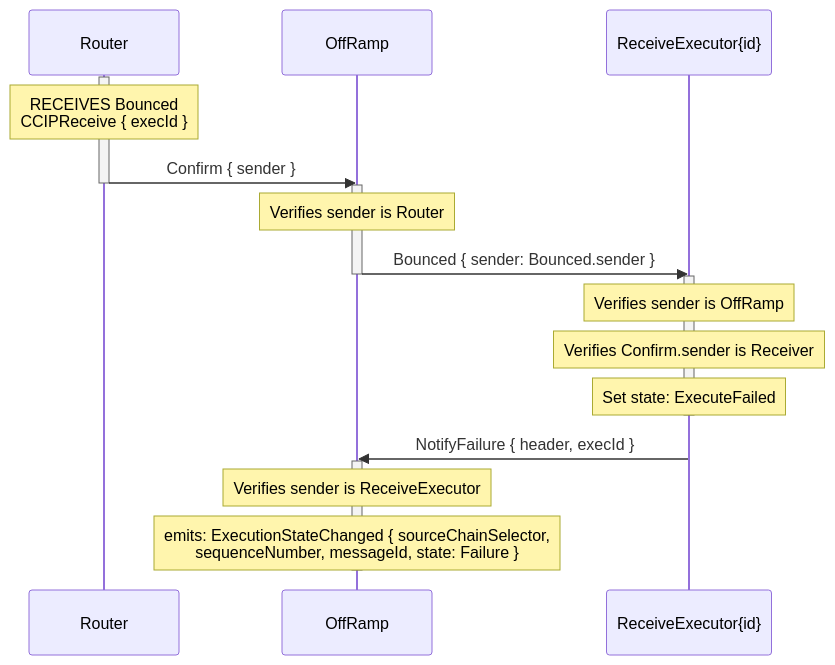
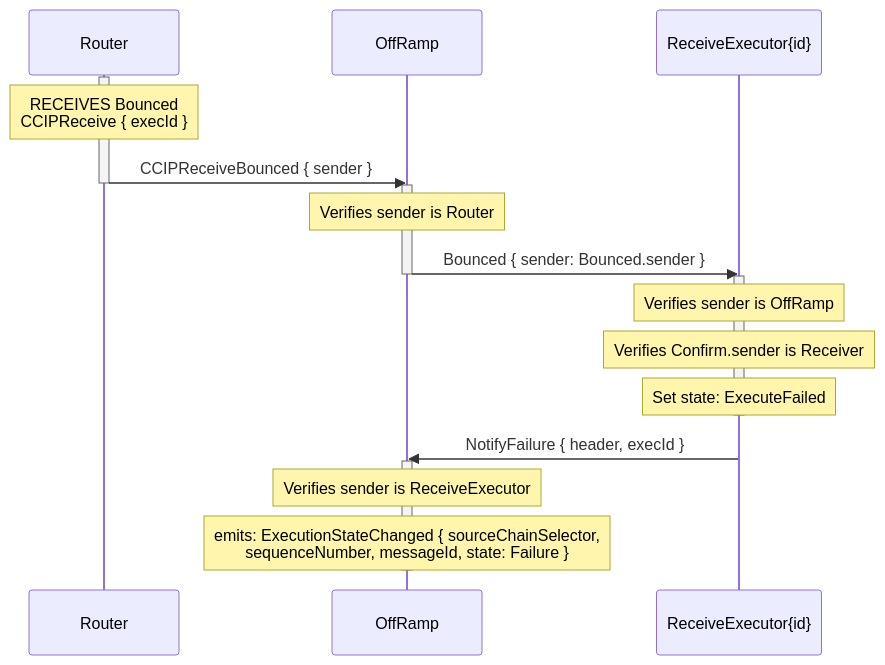
The fourth of 4 diagrams in docs/contracts/ccip/offramp/arbitrary-msg.md (smartcontractkit/chainlink-ton), drawn with Mermaid before and after one commit. The commit also changed other lines of this file and 5 other files, not shown here.

Commit message:
feat: revisit flow diagrams

````diff
--- a/docs/contracts/ccip/offramp/arbitrary-msg.md
+++ b/docs/contracts/ccip/offramp/arbitrary-msg.md
@@ -130,34 +149,34 @@
 ```mermaid
 sequenceDiagram
     participant R as Router
     participant OR as OffRamp
     participant RE as ReceiveExecutor{id}
 
 
     activate R
     Note over R: RECEIVES Bounced<br>CCIPReceive { execId }
-    R ->> OR: Confirm { sender }
+    R ->> OR: CCIPReceiveBounced { sender }
     deactivate R
 
 
 
     activate OR
     Note over OR: Verifies sender is Router
     OR ->> RE: Bounced { sender: Bounced.sender }
     deactivate OR
 
 
     activate RE
     Note over RE: Verifies sender is OffRamp
     Note over RE: Verifies Confirm.sender is Receiver
     Note over RE: Set state: ExecuteFailed
     deactivate RE
     RE ->> OR: NotifyFailure { header, execId }
 
 
 
     activate OR
     Note over OR: Verifies sender is ReceiveExecutor
     Note over OR: emits: ExecutionStateChanged { sourceChainSelector,<br>sequenceNumber, messageId, state: Failure }
     deactivate OR
 ```
````
